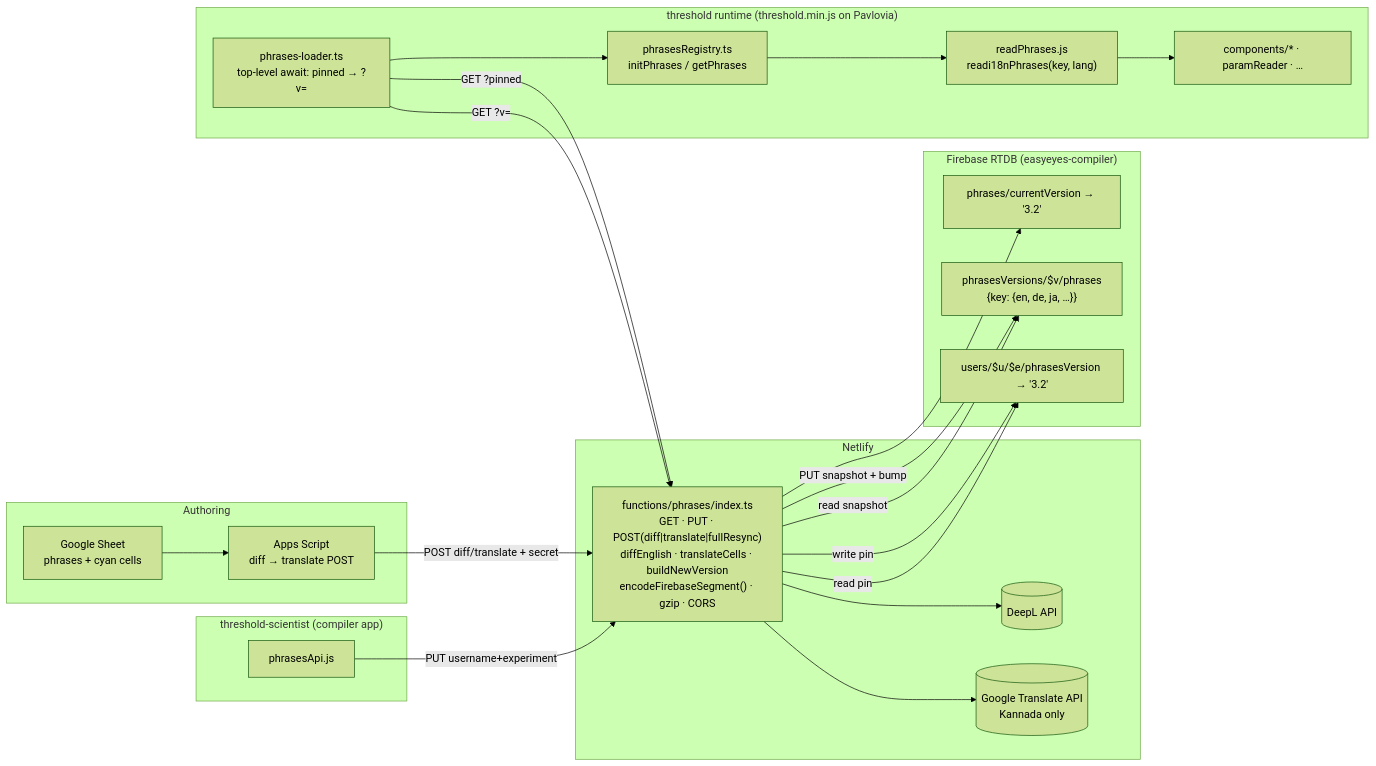
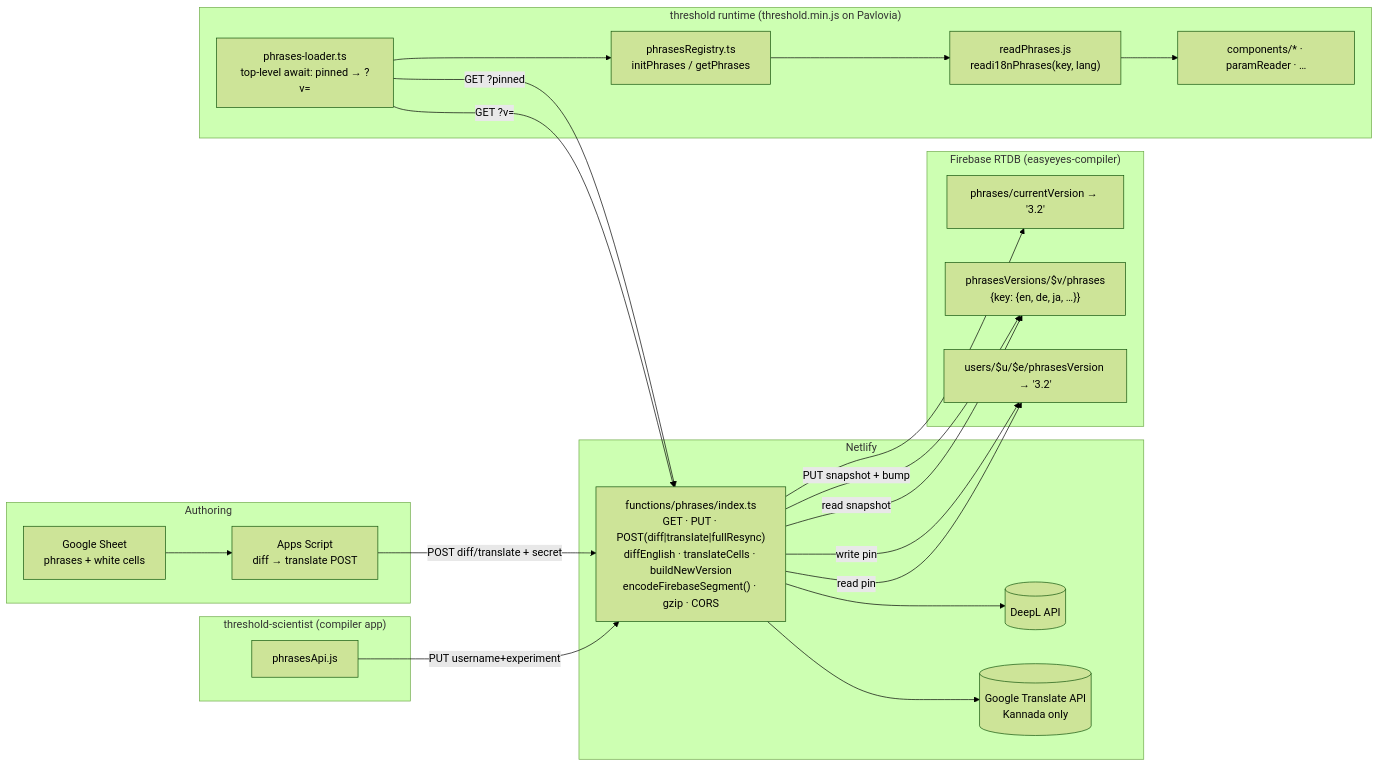
The second of 4 diagrams in notes/PHRASES_VERSIONED_API_ARCHITECTURE.md (EasyEyes/website), drawn with Mermaid (forest theme) before and after one commit. The commit also changed other lines of this file and 2 other files, not shown here.

Commit message:
fix: use white for phrase translation

````diff
--- a/notes/PHRASES_VERSIONED_API_ARCHITECTURE.md
+++ b/notes/PHRASES_VERSIONED_API_ARCHITECTURE.md
@@ -100,43 +100,43 @@
 ```mermaid
 flowchart LR
     subgraph Author["Authoring"]
-        Sheet[Google Sheet<br/>phrases + cyan cells]
+        Sheet[Google Sheet<br/>phrases + white cells]
         AppsScript[Apps Script<br/>diff → translate POST]
     end
 
     subgraph Netlify["Netlify"]
         Fn["functions/phrases/index.ts<br/>GET · PUT · POST(diff|translate|fullResync)<br/>diffEnglish · translateCells · buildNewVersion<br/>encodeFirebaseSegment() · gzip · CORS"]
         DeepL[(DeepL API)]
         Google[(Google Translate API<br/>Kannada only)]
     end
 
     subgraph FB["Firebase RTDB (easyeyes-compiler)"]
         CV["phrases/currentVersion → '3.2'"]
         V["phrasesVersions/$v/phrases<br/>{key: {en, de, ja, …}}"]
         U["users/$u/$e/phrasesVersion → '3.2'"]
     end
 
     subgraph TS["threshold-scientist (compiler app)"]
         Api["phrasesApi.js"]
     end
 
     subgraph Run["threshold runtime (threshold.min.js on Pavlovia)"]
         Loader["phrases-loader.ts<br/>top-level await: pinned → ?v="]
         Reg["phrasesRegistry.ts<br/>initPhrases / getPhrases"]
         Read["readPhrases.js<br/>readi18nPhrases(key, lang)"]
         Consumers["components/* · paramReader · …"]
     end
 
     Sheet --> AppsScript -->|POST diff/translate + secret| Fn
     Fn --> DeepL
     Fn --> Google
     Fn -->|PUT snapshot + bump| V
     Fn --> CV
     Api -->|PUT username+experiment| Fn
     Fn -->|write pin| U
     Loader -->|GET ?pinned| Fn
     Loader -->|GET ?v=| Fn
     Fn -->|read pin| U
     Fn -->|read snapshot| V
     Loader --> Reg --> Read --> Consumers
 ```
````
